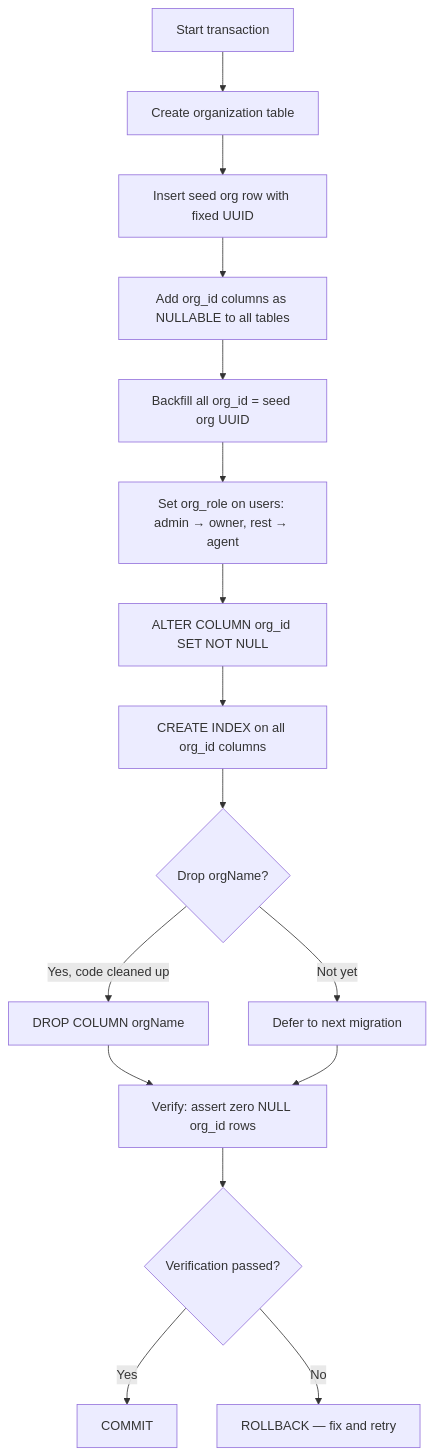
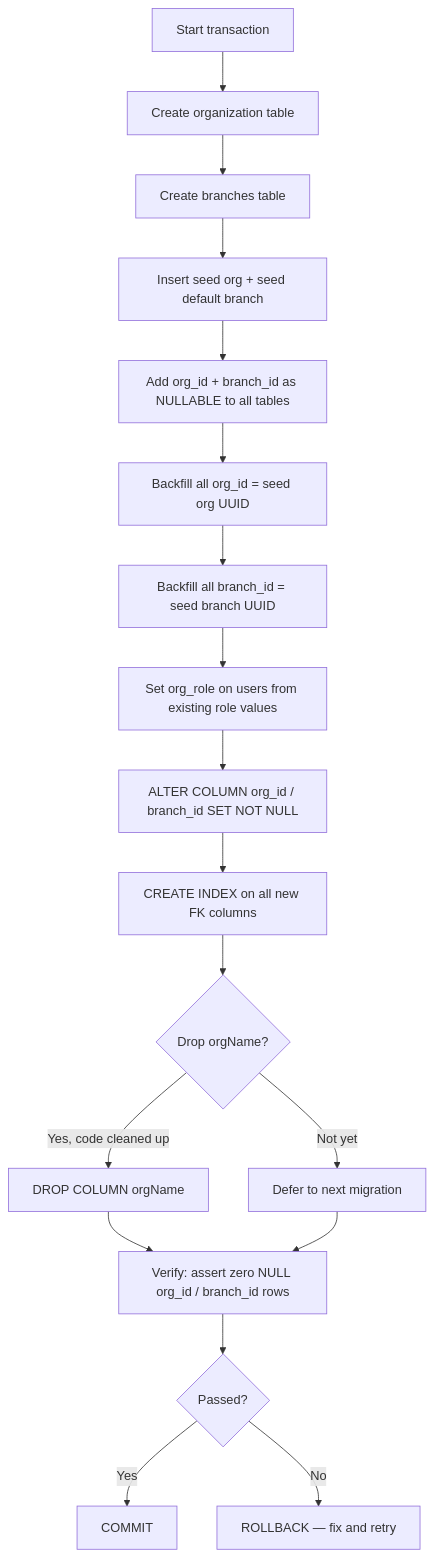
One commit to Jhay1413/travana-V2 changed diagram 15 of 21 in SAAS_MULTITENANCY_PLAN.md. Above: the diagram before and after it, drawn with Mermaid. The commit also changed other lines of this file and 7 other files, not shown here.

````diff
--- a/SAAS_MULTITENANCY_PLAN.md
+++ b/SAAS_MULTITENANCY_PLAN.md
@@ -548,18 +934,20 @@
 ```mermaid
 flowchart TD
     A[Start transaction] --> B[Create organization table]
-    B --> C[Insert seed org row with fixed UUID]
-    C --> D[Add org_id columns as NULLABLE to all tables]
-    D --> E[Backfill all org_id = seed org UUID]
-    E --> F[Set org_role on users: admin → owner, rest → agent]
-    F --> G[ALTER COLUMN org_id SET NOT NULL]
-    G --> H[CREATE INDEX on all org_id columns]
-    H --> I{Drop orgName?}
-    I -- "Yes, code cleaned up" --> J[DROP COLUMN orgName]
-    I -- "Not yet" --> K[Defer to next migration]
-    J --> L[Verify: assert zero NULL org_id rows]
-    K --> L
-    L --> M{Verification passed?}
-    M -- Yes --> N[COMMIT]
-    M -- No --> O[ROLLBACK — fix and retry]
+    B --> C[Create branches table]
+    C --> D[Insert seed org + seed default branch]
+    D --> E[Add org_id + branch_id as NULLABLE to all tables]
+    E --> F[Backfill all org_id = seed org UUID]
+    F --> G[Backfill all branch_id = seed branch UUID]
+    G --> H[Set org_role on users from existing role values]
+    H --> I[ALTER COLUMN org_id / branch_id SET NOT NULL]
+    I --> J[CREATE INDEX on all new FK columns]
+    J --> K{Drop orgName?}
+    K -- "Yes, code cleaned up" --> L[DROP COLUMN orgName]
+    K -- "Not yet" --> M[Defer to next migration]
+    L --> N[Verify: assert zero NULL org_id / branch_id rows]
+    M --> N
+    N --> O{Passed?}
+    O -- Yes --> P[COMMIT]
+    O -- No --> Q[ROLLBACK — fix and retry]
 ```
````
